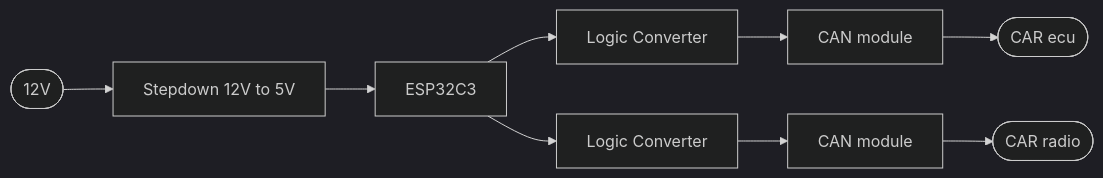
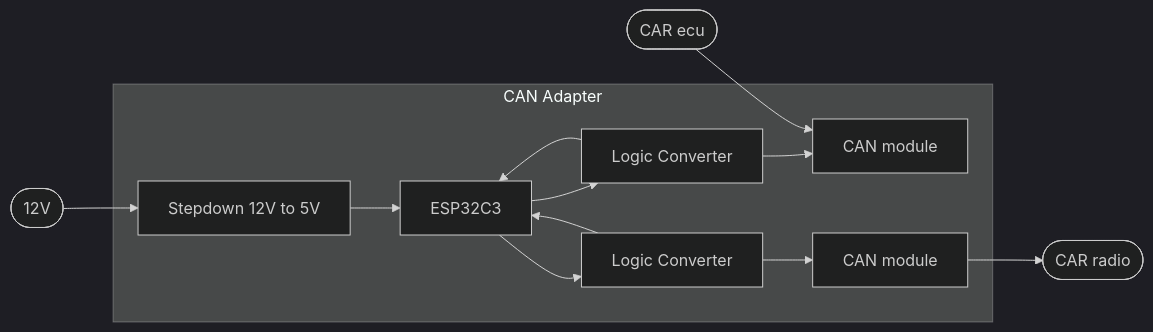
The diagram in README.md (Wojtechos/CAN_VWTP_ADAPTER), drawn with Mermaid (dark theme) before and after one commit. The commit also changed other lines of this file, not shown here.

````diff
--- a/README.md
+++ b/README.md
@@ -15,12 +16,22 @@
 ```mermaid
   flowchart LR
-    Power(["12V"]) 
-    Power --> Stepdown["Stepdown 12V to 5V"]
-    Stepdown --> MCU["ESP32C3"]
-    MCU --> LOGCONV1["Logic Converter"]
-    MCU --> LOGCONV2["Logic Converter"]
-    LOGCONV1 --> CANMOD1["CAN module"] 
-    LOGCONV2 --> CANMOD2["CAN module"]
-    CANMOD1 --> ECU(["CAR ecu"]) 
+    Power(["12V"])
+    subgraph CAN Adapter
+      Stepdown["Stepdown 12V to 5V"]
+      MCU["ESP32C3"]
+      LOGCONV1["Logic Converter"]
+      LOGCONV2["Logic Converter"]
+      CANMOD1["CAN module"]
+      CANMOD2["CAN module"] 
+    end
+    Power --> Stepdown
+    Stepdown --> MCU
+    MCU --> LOGCONV1
+    MCU --> LOGCONV2
+    LOGCONV1 --> CANMOD1 
+    LOGCONV2 --> CANMOD2
+    ECU(["CAR ecu"]) --> CANMOD1 
     CANMOD2 --> RADIO(["CAR radio"])
+    LOGCONV1 --> MCU
+    LOGCONV2 --> MCU
 ```
````
